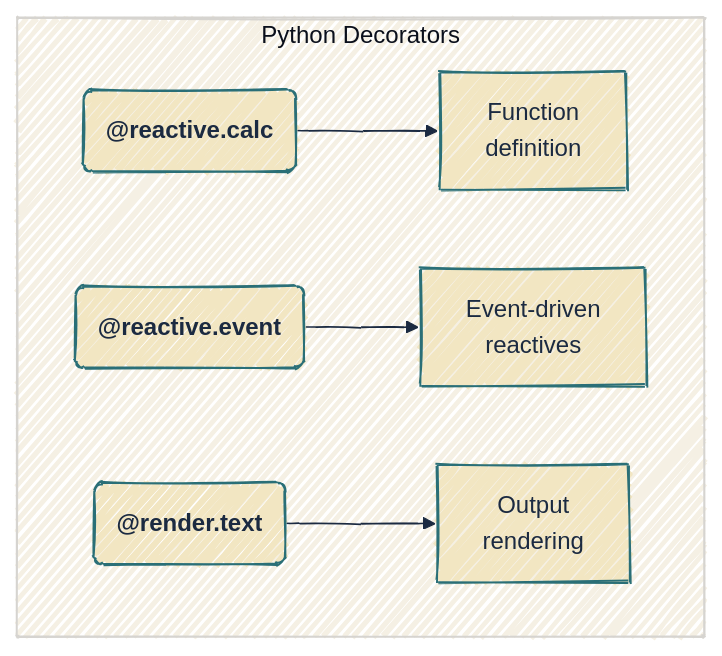
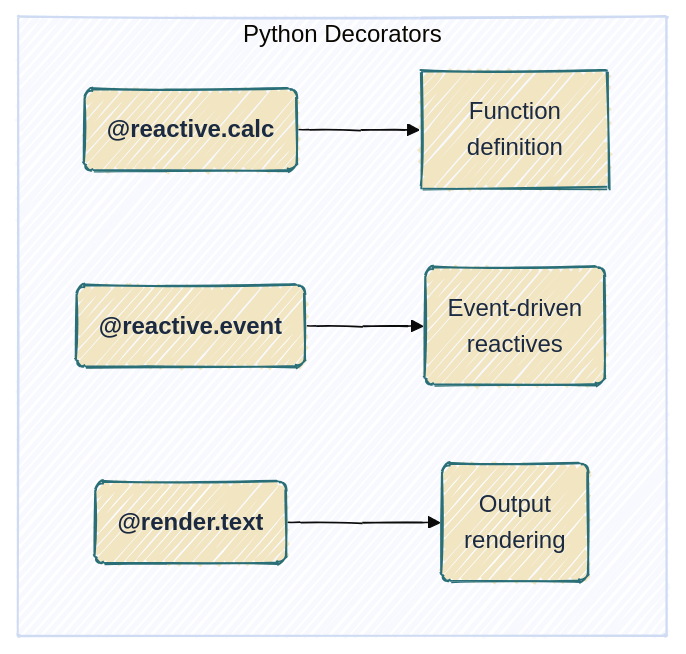
Before and after one commit to mjfrigaard/do4ds-labs: the fifth of 7 diagrams in py-app-api.qmd, drawn with Mermaid. The commit also changed other lines of this file and 37 other files, not shown here.

Commit message:
updates to mermaid

````diff
--- a/py-app-api.qmd
+++ b/py-app-api.qmd
@@ -733,12 +746,13 @@
 ```{mermaid}
-%%{init: {'theme': 'base', 'look': 'handDrawn', 'themeVariables': { 'fontFamily': 'monospace', 'primaryColor': '#F2E6C2', 'primaryBorderColor': '#2A6F77', 'primaryTextColor': '#1B2A41', 'secondaryColor': '#d4e7e4', 'tertiaryColor': '#f5f0e4', 'lineColor': '#1B2A41', 'edgeLabelBackground': '#F2E6C2'}}}%%
+%%{init: {'theme': 'base', 'look': 'handDrawn', 'themeVariables': {'fontFamily': 'monospace'}}}%%
 
 graph TD
     subgraph "Python Decorators"
         A("<strong>@reactive.calc</strong>") --> B[Function<br>definition]
-        C("<strong>@reactive.event</strong>") --> D["Event-driven<br>reactives"]
-        E("<strong>@render.text</strong>") --> F["Output<br>rendering"]
+        C("<strong>@reactive.event</strong>") --> D("Event-driven<br>reactives")
+        E("<strong>@render.text</strong>") --> F("Output<br>rendering")
     end
     
     %% style A fill:#e1f5fe
+    classDef default fill:#F2E6C2,stroke:#2A6F77,color:#1B2A41
 ```
````
